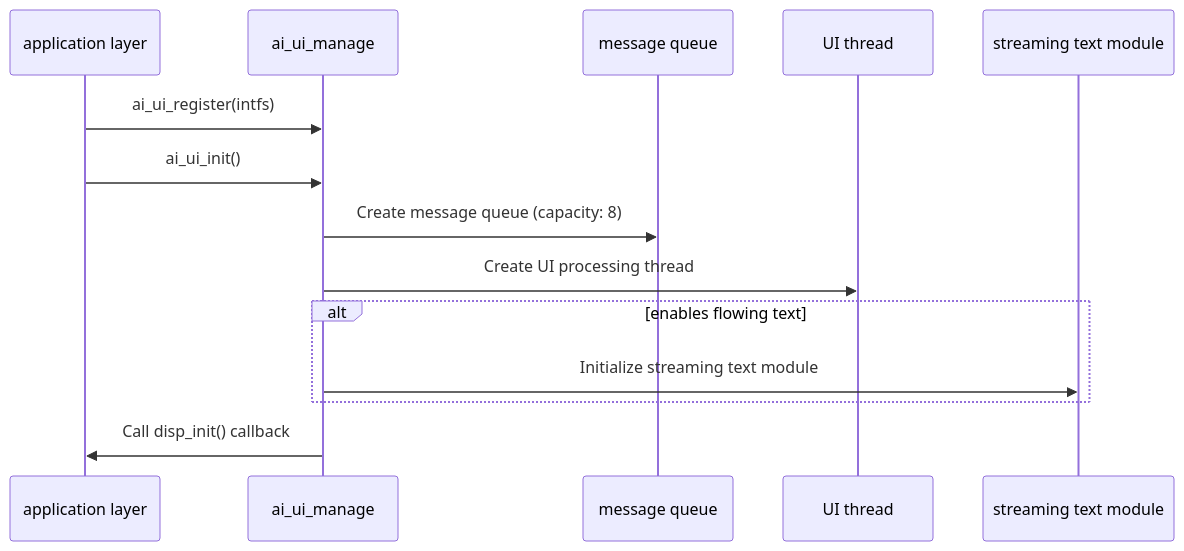
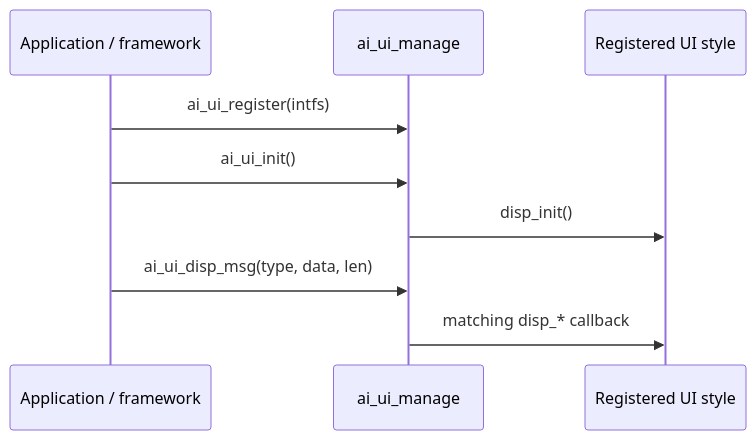
Before and after one commit to Tuya-Community/TuyaOpen.io: the diagram in docs/cloud/device-ai/ai-components/ai-ui-manage.md, drawn with Mermaid. The commit also changed other lines of this file and 365 other files, not shown here.

````diff
--- a/docs/cloud/device-ai/ai-components/ai-ui-manage.md
+++ b/docs/cloud/device-ai/ai-components/ai-ui-manage.md
@@ -28,17 +13,11 @@
 ```mermaid
 sequenceDiagram
-participant App as application layer
+    participant App as Application / framework
     participant UI as ai_ui_manage
-participant Queue as message queue
-participant Thread as UI thread
-participant Stream as streaming text module
-    
+    participant Style as Registered UI style
     App->>UI: ai_ui_register(intfs)
     App->>UI: ai_ui_init()
-UI->>Queue: Create message queue (capacity: 8)
-UI->>Thread: Create UI processing thread
-alt enables flowing text
-UI->>Stream: Initialize streaming text module
-    end
-UI->>App: Call disp_init() callback
+    UI->>Style: disp_init()
+    App->>UI: ai_ui_disp_msg(type, data, len)
+    UI->>Style: matching disp_* callback
 ```
````
